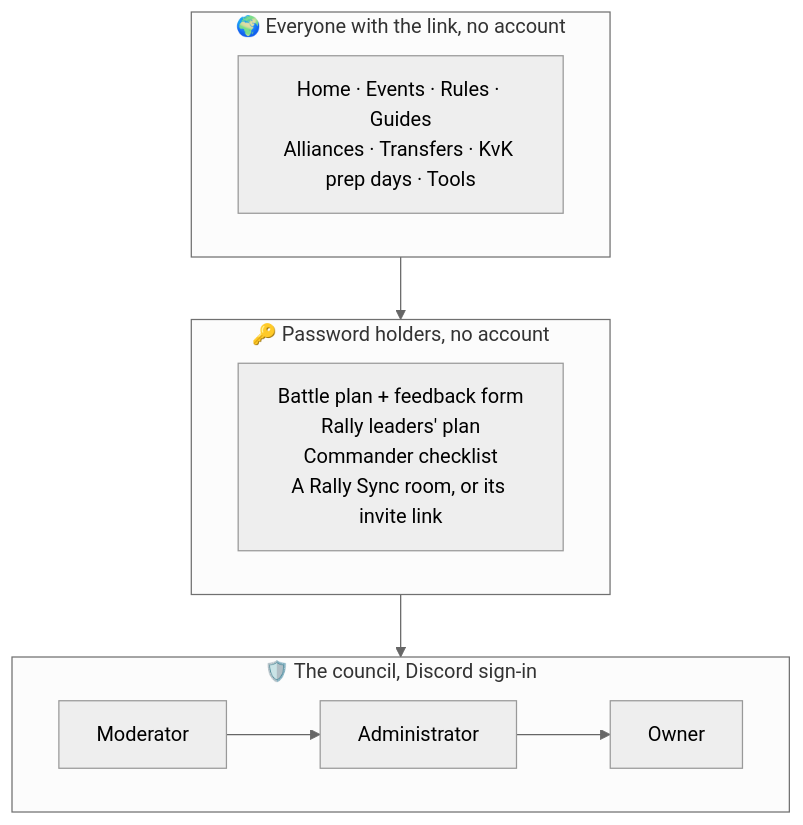
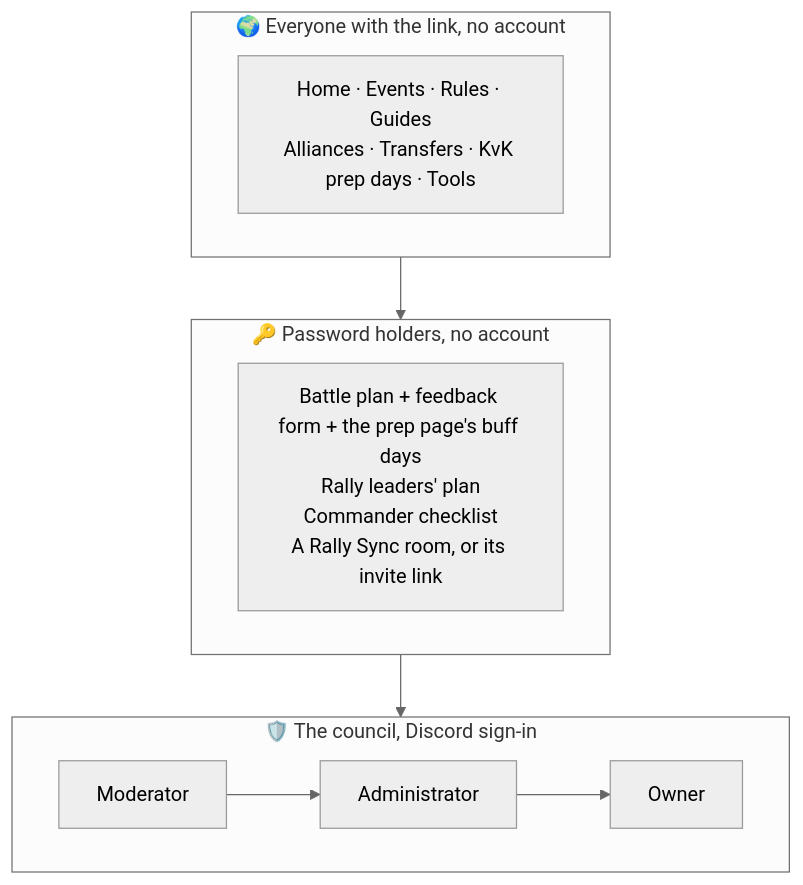
The diagram in guide/src/content/docs/big-picture/who-uses-it.mdx (rajdeepiitkgp/kingdom-1241), drawn with Mermaid (neutral theme) before and after one commit. The commit also changed other lines of this file and 6 other files, not shown here.

First line of the commit message:
test(kvk): specs, browser tests and docs for the council's buff days

````diff
--- a/guide/src/content/docs/big-picture/who-uses-it.mdx
+++ b/guide/src/content/docs/big-picture/who-uses-it.mdx
@@ -20,14 +20,14 @@
 ```mermaid
 flowchart TB
   subgraph L1["🌍 Everyone with the link, no account"]
     pub["Home · Events · Rules · Guides<br/>Alliances · Transfers · KvK prep days · Tools"]
   end
   subgraph L2["🔑 Password holders, no account"]
-    pw["Battle plan + feedback form<br/>Rally leaders' plan<br/>Commander checklist<br/>A Rally Sync room, or its invite link"]
+    pw["Battle plan + feedback form + the prep page's buff days<br/>Rally leaders' plan<br/>Commander checklist<br/>A Rally Sync room, or its invite link"]
   end
   subgraph L3["🛡️ The council, Discord sign-in"]
     direction LR
     mod["Moderator"] --> adm["Administrator"] --> own["Owner"]
   end
   L1 --> L2 --> L3
 ```
````
